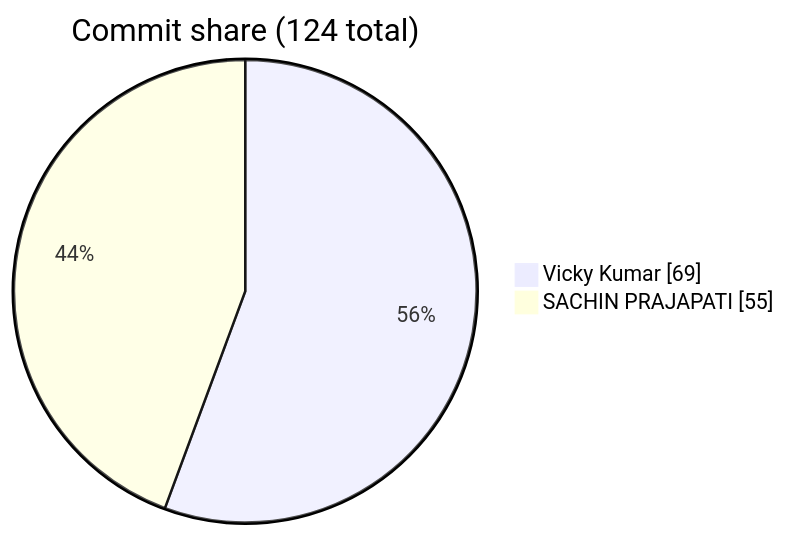
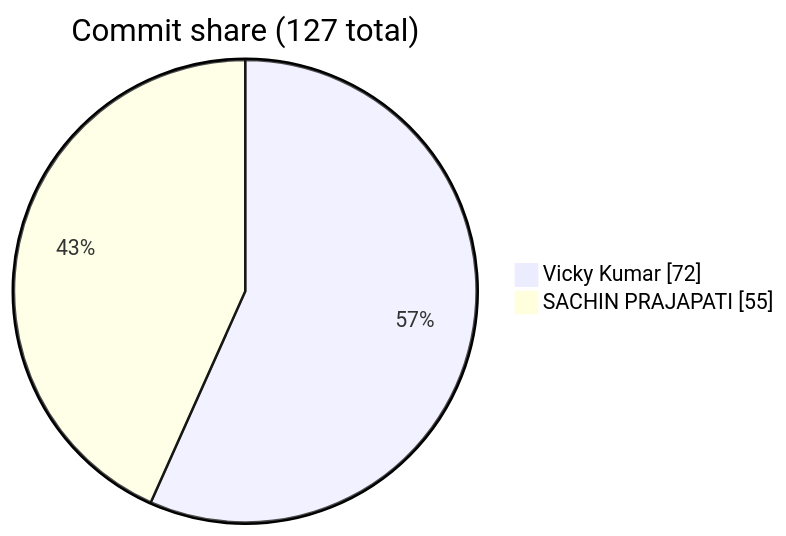
Before and after one commit to FiscalMindset/Clipo: the seventh of 7 diagrams in README.md, drawn with Mermaid.

Commit message:
docs(readme): auto-update contributor stats and star history

````diff
--- a/README.md
+++ b/README.md
@@ -752,5 +752,5 @@
 ```mermaid
-pie showData title Commit share (124 total)
-    "Vicky Kumar" : 69
+pie showData title Commit share (127 total)
+    "Vicky Kumar" : 72
     "SACHIN PRAJAPATI" : 55
 ```
````
